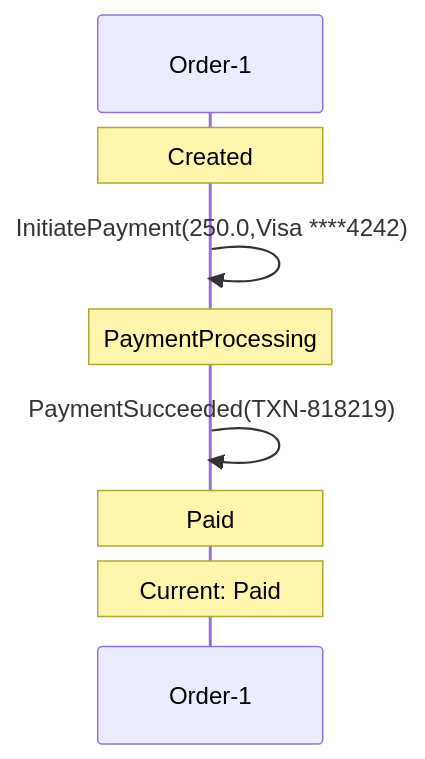
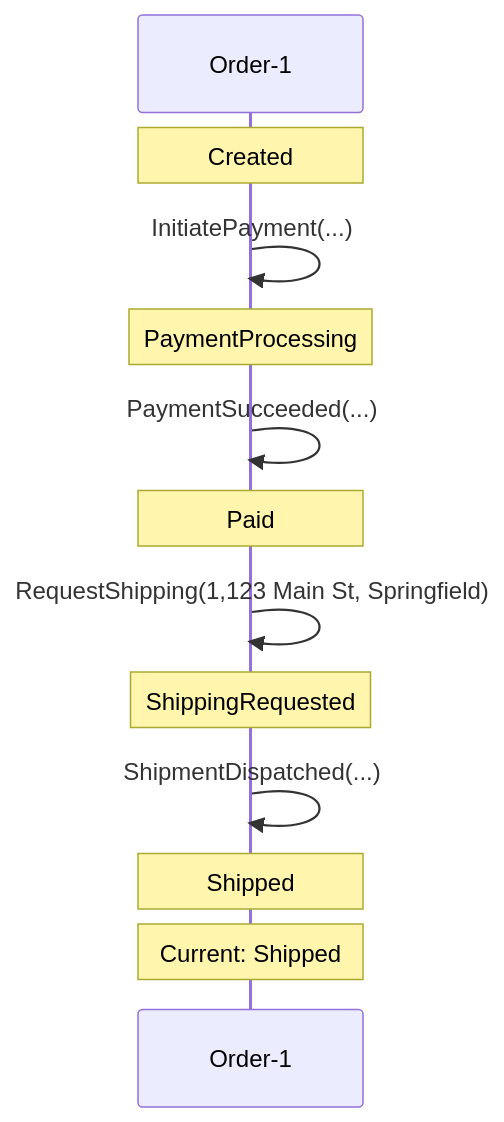
Before and after one commit to Iterable/mechanoid: the second of 3 diagrams in docs/visualizations/order-1-trace.md, drawn with Mermaid. The commit also changed other lines of this file and 52 other files, not shown here.

````diff
--- a/docs/visualizations/order-1-trace.md
+++ b/docs/visualizations/order-1-trace.md
@@ -45,10 +60,14 @@
 ```mermaid
 sequenceDiagram
     participant FSM as Order-1
     Note over FSM: Created
-    FSM->>FSM: InitiatePayment(250.0,Visa ****4242)
+    FSM->>FSM: InitiatePayment(...)
     Note over FSM: PaymentProcessing
-    FSM->>FSM: PaymentSucceeded(TXN-818219)
+    FSM->>FSM: PaymentSucceeded(...)
     Note over FSM: Paid
-    Note over FSM: Current: Paid
+    FSM->>FSM: RequestShipping(1,123 Main St, Springfield)
+    Note over FSM: ShippingRequested
+    FSM->>FSM: ShipmentDispatched(...)
+    Note over FSM: Shipped
+    Note over FSM: Current: Shipped
 ```
````
